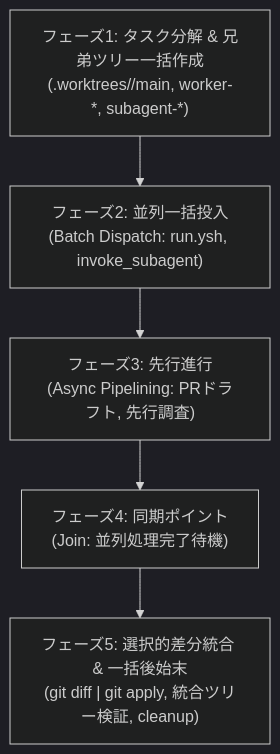
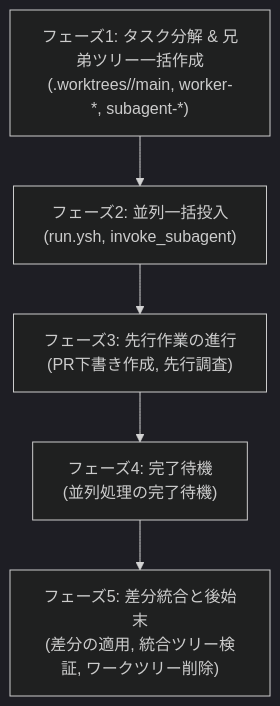
Before and after one commit to t3u-tsu/nix-config: the diagram in .agents/skills/orchestration/SKILL.md, drawn with Mermaid (dark theme). The commit also changed other lines of this file and 5 other files, not shown here.

````diff
--- a/.agents/skills/orchestration/SKILL.md
+++ b/.agents/skills/orchestration/SKILL.md
@@ -77,13 +77,13 @@
 ```mermaid
 flowchart TD
   Phase1["フェーズ1: タスク分解 & 兄弟ツリー一括作成<br>(.worktrees/<topic>/main, worker-*, subagent-*)"]
-  Phase2["フェーズ2: 並列一括投入<br>(Batch Dispatch: run.ysh, invoke_subagent)"]
-  Phase3["フェーズ3: 先行進行<br>(Async Pipelining: PRドラフト, 先行調査)"]
-  Phase4["フェーズ4: 同期ポイント<br>(Join: 並列処理完了待機)"]
-  Phase5["フェーズ5: 選択的差分統合 & 一括後始末<br>(git diff | git apply, 統合ツリー検証, cleanup)"]
+  Phase2["フェーズ2: 並列一括投入<br>(run.ysh, invoke_subagent)"]
+  Phase3["フェーズ3: 先行作業の進行<br>(PR下書き作成, 先行調査)"]
+  Phase4["フェーズ4: 完了待機<br>(並列処理の完了待機)"]
+  Phase5["フェーズ5: 差分統合と後始末<br>(差分の適用, 統合ツリー検証, ワークツリー削除)"]
 
   Phase1 --> Phase2
   Phase2 --> Phase3
   Phase3 --> Phase4
   Phase4 --> Phase5
 ```
````
